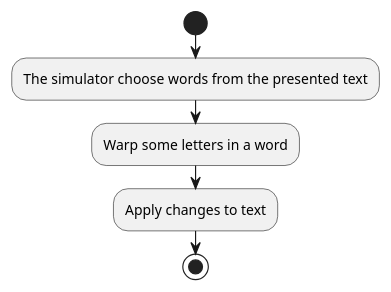
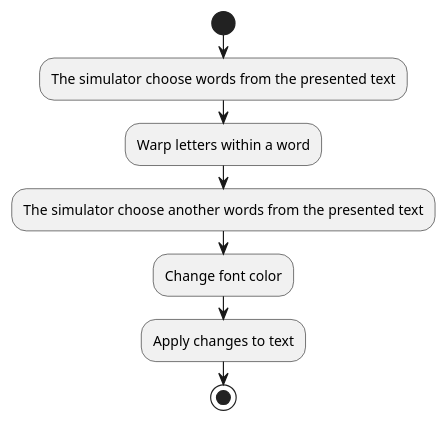
Before and after one commit to Muhammed-als/Dyslexia-Simulator: the diagram in diagrams/flow_diagrams/rapidNaming.puml, drawn with PlantUML. The commit also changed 9 other files, not shown here.

Commit message:
flow diagrams are updated

```diff
--- a/diagrams/flow_diagrams/rapidNaming.puml
+++ b/diagrams/flow_diagrams/rapidNaming.puml
@@ -1,9 +1,11 @@
 @startuml surface
 start
 
 :The simulator choose words from the presented text;
-:Warp some letters in a word;
+:Warp letters within a word;
+:The simulator choose another words from the presented text;
+:Change font color;
 :Apply changes to text;
 
 stop
 @enduml
```
